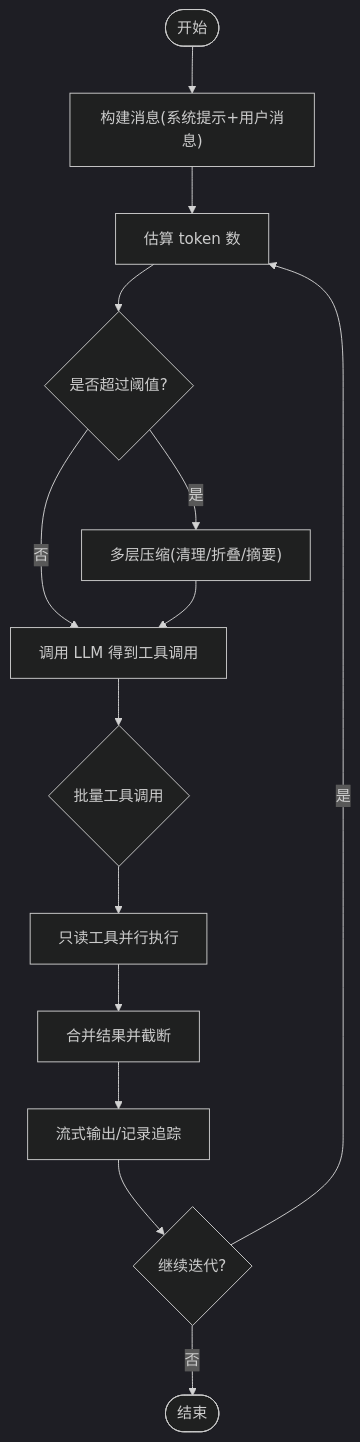
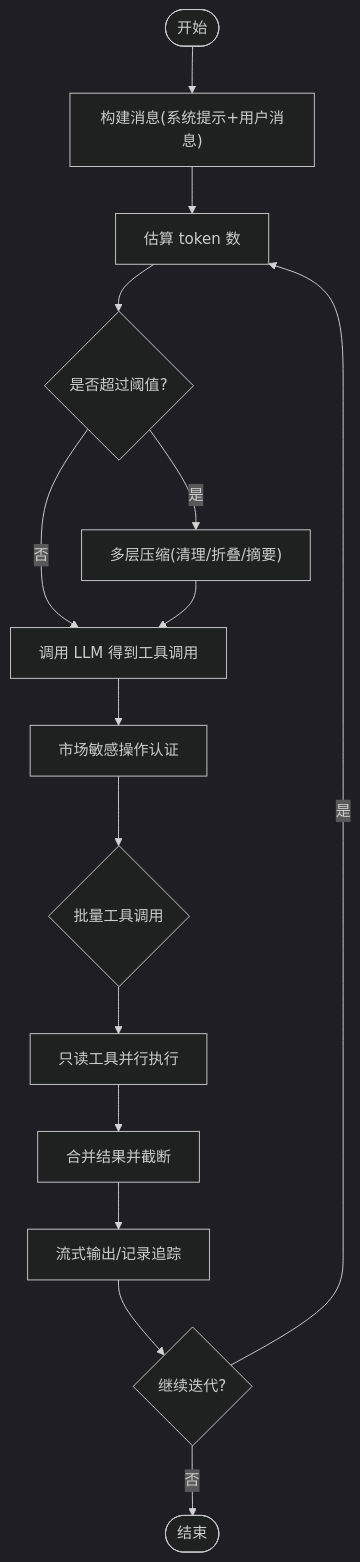
The fifth of 9 diagrams in .qoder/repowiki/zh/content/项目概述/核心功能特性/AI代理系统/工具系统/工具执行框架.md (20012002er/Vibe-Trading), drawn with Mermaid (dark theme) before and after one commit. The commit also changed other lines of this file and 9 other files, not shown here.

````diff
--- a/.qoder/repowiki/zh/content/项目概述/核心功能特性/AI代理系统/工具系统/工具执行框架.md
+++ b/.qoder/repowiki/zh/content/项目概述/核心功能特性/AI代理系统/工具系统/工具执行框架.md
@@ -176,16 +237,17 @@
 ```mermaid
 flowchart TD
 Start(["开始"]) --> BuildMsg["构建消息(系统提示+用户消息)"]
 BuildMsg --> Estimate["估算 token 数"]
 Estimate --> Check1{"是否超过阈值?"}
 Check1 -- 是 --> Compact["多层压缩(清理/折叠/摘要)"]
 Check1 -- 否 --> CallTools["调用 LLM 得到工具调用"]
 Compact --> CallTools
-CallTools --> Batch{"批量工具调用"}
+CallTools --> AuthCheck["市场敏感操作认证"]
+AuthCheck --> Batch{"批量工具调用"}
 Batch --> ExecRead["只读工具并行执行"]
 ExecRead --> MergeRes["合并结果并截断"]
 MergeRes --> StreamOut["流式输出/记录追踪"]
 StreamOut --> NextIter{"继续迭代?"}
 NextIter -- 是 --> Estimate
 NextIter -- 否 --> End(["结束"])
 ```
````
